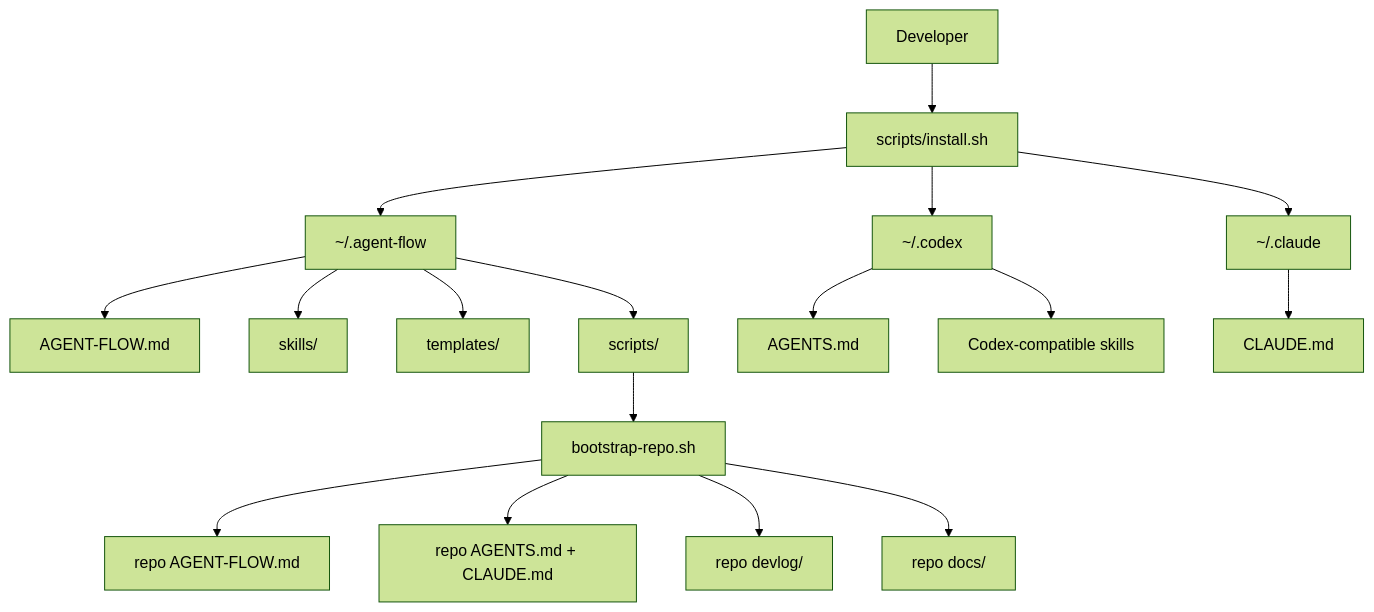
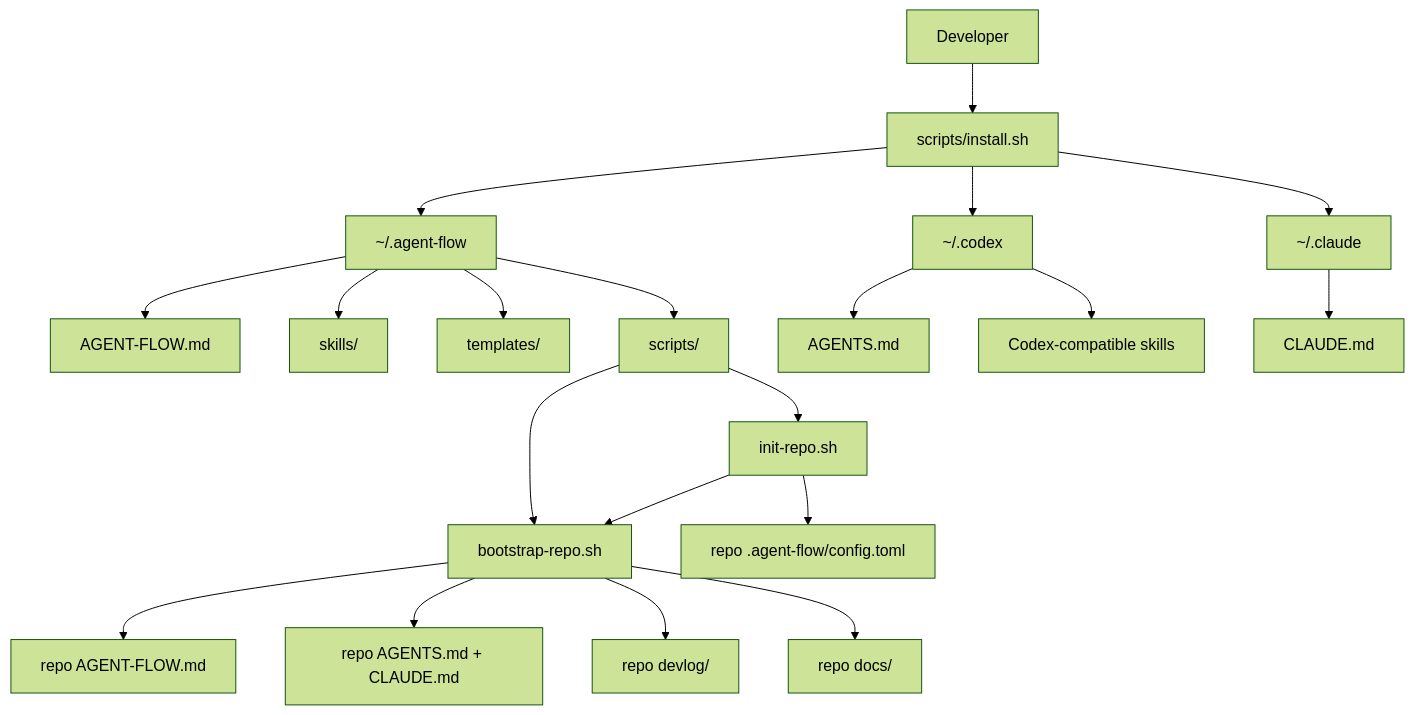
The first of 5 diagrams in docs/ARCHITECTURE.md (miketaheny/codex-setup), drawn with Mermaid (forest theme) before and after one commit. The commit also changed other lines of this file and 38 other files, not shown here.

Commit message:
feat: add agent-flow lifecycle enforcement

````diff
--- a/docs/ARCHITECTURE.md
+++ b/docs/ARCHITECTURE.md
@@ -7,22 +7,25 @@
 ```mermaid
 flowchart TD
     User["Developer"] --> Install["scripts/install.sh"]
     Install --> AFHome["~/.agent-flow"]
     Install --> CodexHome["~/.codex"]
     Install --> ClaudeHome["~/.claude"]
 
     AFHome --> SharedRules["AGENT-FLOW.md"]
     AFHome --> SharedSkills["skills/"]
     AFHome --> SharedTemplates["templates/"]
     AFHome --> SharedScripts["scripts/"]
 
     CodexHome --> CodexAdapter["AGENTS.md"]
     CodexHome --> CodexSkills["Codex-compatible skills"]
     ClaudeHome --> ClaudeAdapter["CLAUDE.md"]
 
+    SharedScripts --> Init["init-repo.sh"]
     SharedScripts --> Bootstrap["bootstrap-repo.sh"]
+    Init --> RepoConfig["repo .agent-flow/config.toml"]
+    Init --> Bootstrap
     Bootstrap --> RepoRules["repo AGENT-FLOW.md"]
     Bootstrap --> RepoAdapters["repo AGENTS.md + CLAUDE.md"]
     Bootstrap --> RepoDevlog["repo devlog/"]
     Bootstrap --> RepoDocs["repo docs/"]
 ```
````
